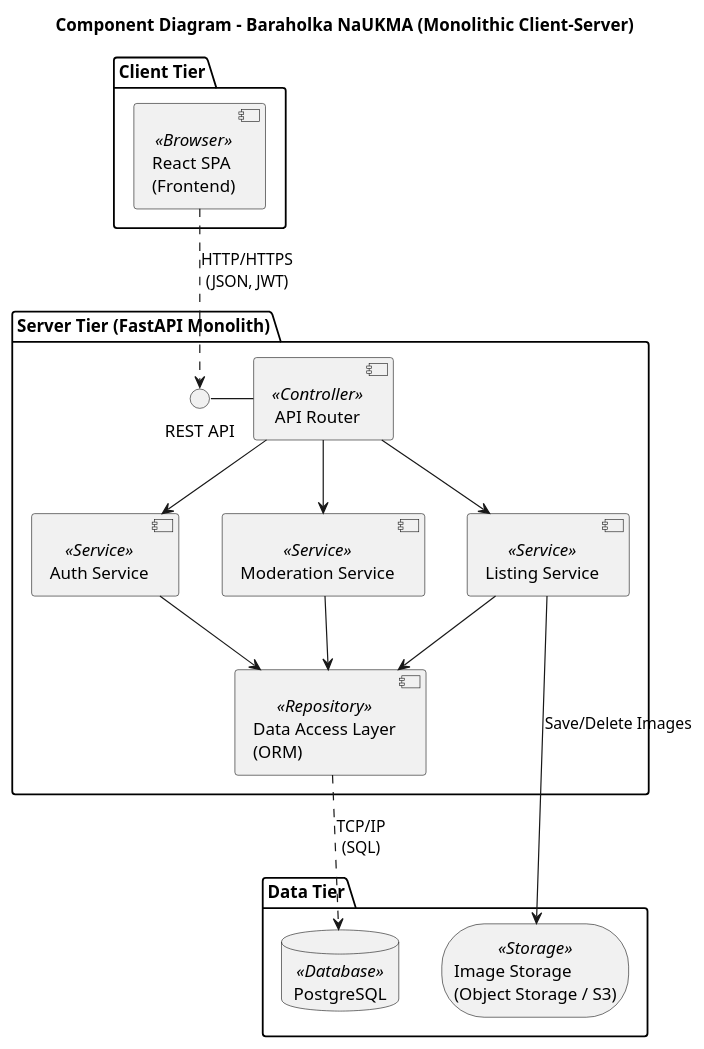
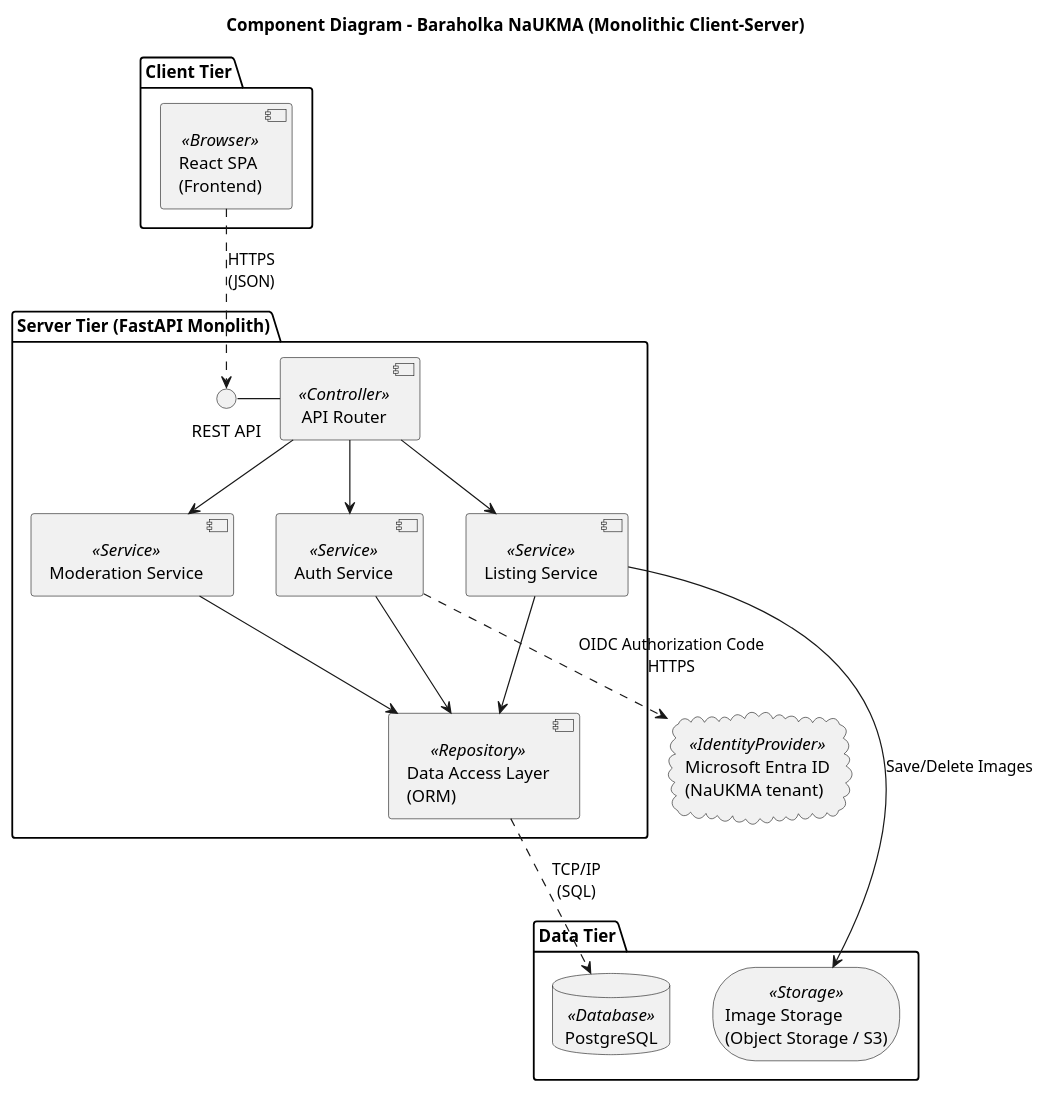
The diagram in docs/architecture/uml/components.puml (ukma-fin-ssdm-2026/Next-Gen), drawn with PlantUML before and after one commit. The commit also changed 19 other files, not shown here.

First line of the commit message:
Update architecture for Entra ID auth

```diff
--- a/docs/architecture/uml/components.puml
+++ b/docs/architecture/uml/components.puml
@@ -1,42 +1,45 @@
 @startuml
 skinparam componentStyle uml2
 
 title Component Diagram - Baraholka NaUKMA (Monolithic Client-Server)
 
 package "Client Tier" {
     component "React SPA\n(Frontend)" as SPA <<Browser>>
 }
+
+cloud "Microsoft Entra ID\n(NaUKMA tenant)" as Entra <<IdentityProvider>>
 
 package "Server Tier (FastAPI Monolith)" {
     interface "REST API" as RestAPI
     
     component "API Router" as Router <<Controller>>
     
     component "Auth Service" as AuthService <<Service>>
     component "Listing Service" as ListingService <<Service>>
     component "Moderation Service" as ModerationService <<Service>>
     
     component "Data Access Layer\n(ORM)" as DAL <<Repository>>
 }
 
 package "Data Tier" {
     database "PostgreSQL" as DB <<Database>>
     storage "Image Storage\n(Object Storage / S3)" as S3 <<Storage>>
 }
 
 ' Connections
-SPA ..> RestAPI : "HTTP/HTTPS\n(JSON, JWT)"
+SPA ..> RestAPI : "HTTPS\n(JSON)"
 RestAPI - Router
 
 Router --> AuthService
 Router --> ListingService
 Router --> ModerationService
 
 AuthService --> DAL
+AuthService ..> Entra : "OIDC Authorization Code\nHTTPS"
 ListingService --> DAL
 ListingService --> S3 : "Save/Delete Images"
 ModerationService --> DAL
 
 DAL ..> DB : "TCP/IP\n(SQL)"
 
 @enduml
```
